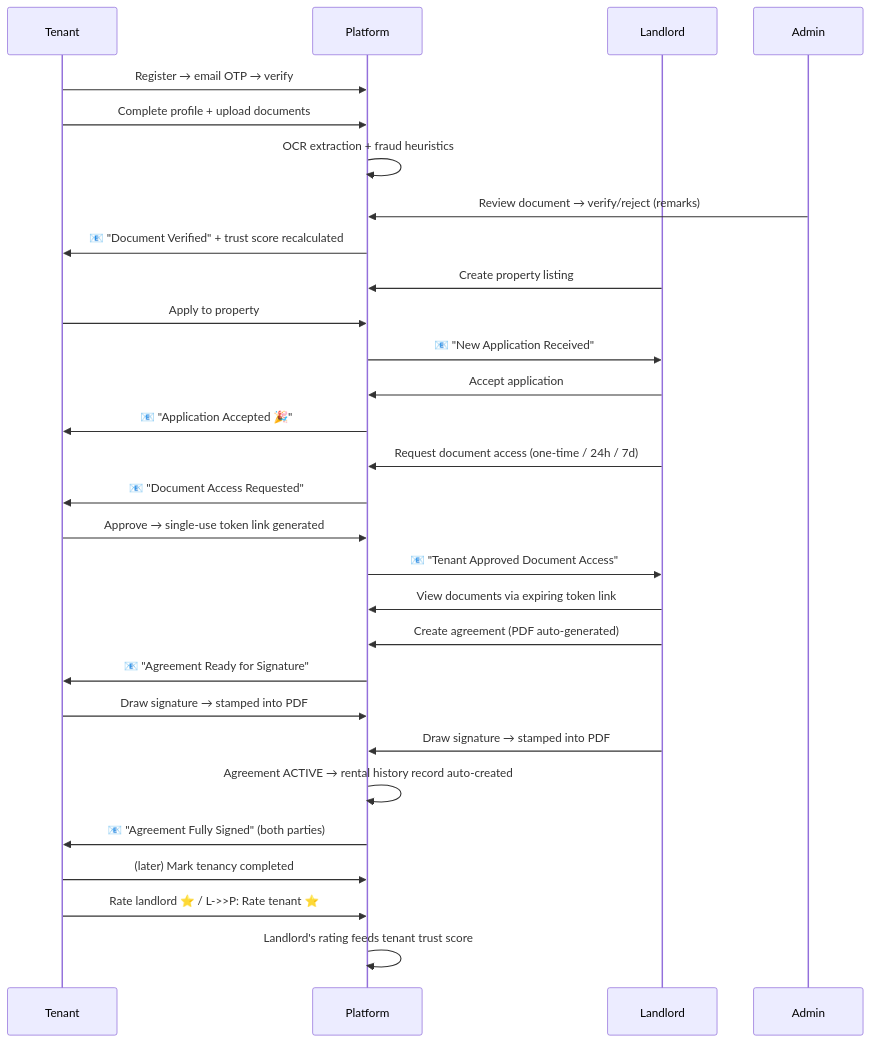
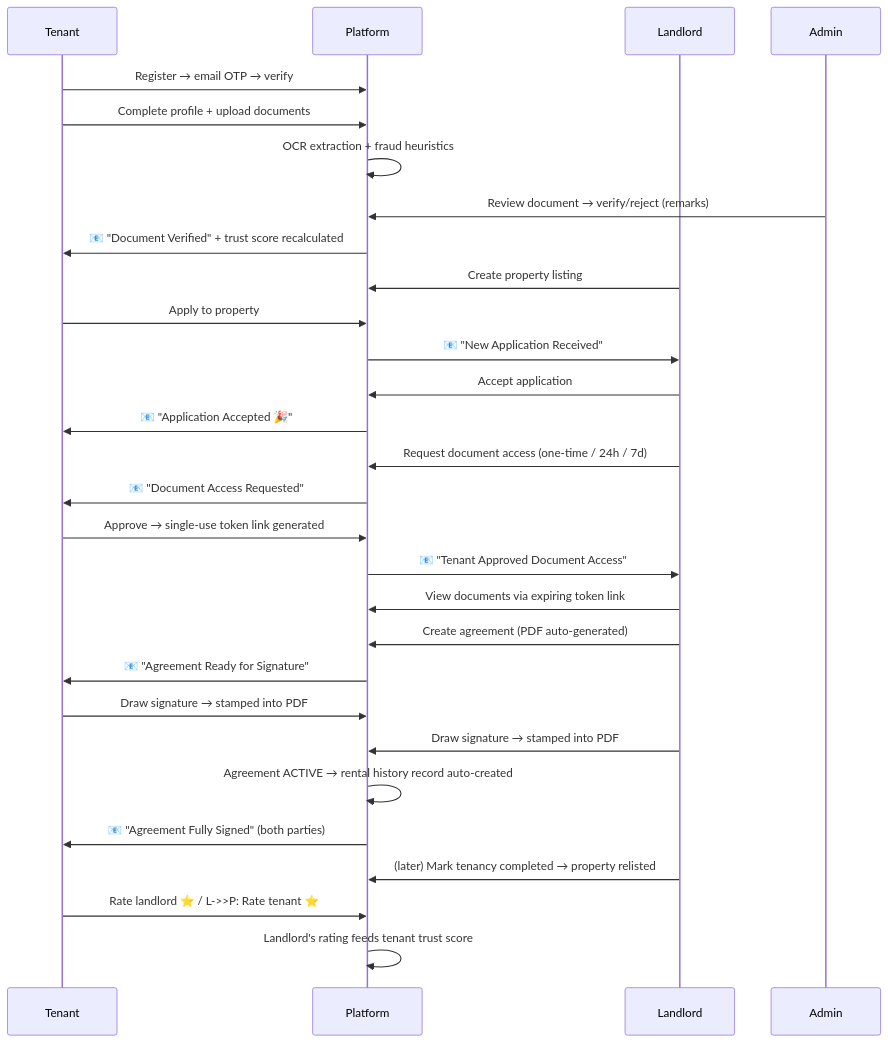
One commit to kushalvk/VeriNest changed the diagram in README.md. Above: the diagram before and after it, drawn with Mermaid. The commit also changed other lines of this file and 16 other files, not shown here.

````diff
--- a/README.md
+++ b/README.md
@@ -173,32 +173,32 @@
 ```mermaid
 sequenceDiagram
     participant T as Tenant
     participant P as Platform
     participant L as Landlord
     participant A as Admin
 
     T->>P: Register → email OTP → verify
     T->>P: Complete profile + upload documents
     P->>P: OCR extraction + fraud heuristics
     A->>P: Review document → verify/reject (remarks)
     P->>T: 📧 "Document Verified" + trust score recalculated
     L->>P: Create property listing
     T->>P: Apply to property
     P->>L: 📧 "New Application Received"
     L->>P: Accept application
     P->>T: 📧 "Application Accepted 🎉"
     L->>P: Request document access (one-time / 24h / 7d)
     P->>T: 📧 "Document Access Requested"
     T->>P: Approve → single-use token link generated
     P->>L: 📧 "Tenant Approved Document Access"
     L->>P: View documents via expiring token link
     L->>P: Create agreement (PDF auto-generated)
     P->>T: 📧 "Agreement Ready for Signature"
     T->>P: Draw signature → stamped into PDF
     L->>P: Draw signature → stamped into PDF
     P->>P: Agreement ACTIVE → rental history record auto-created
     P->>T: 📧 "Agreement Fully Signed" (both parties)
-    T->>P: (later) Mark tenancy completed
+    L->>P: (later) Mark tenancy completed → property relisted
     T->>P: Rate landlord ⭐ / L->>P: Rate tenant ⭐
     P->>P: Landlord's rating feeds tenant trust score
 ```
````
